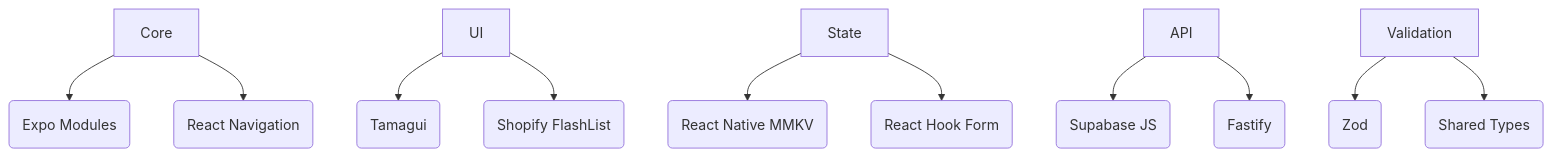
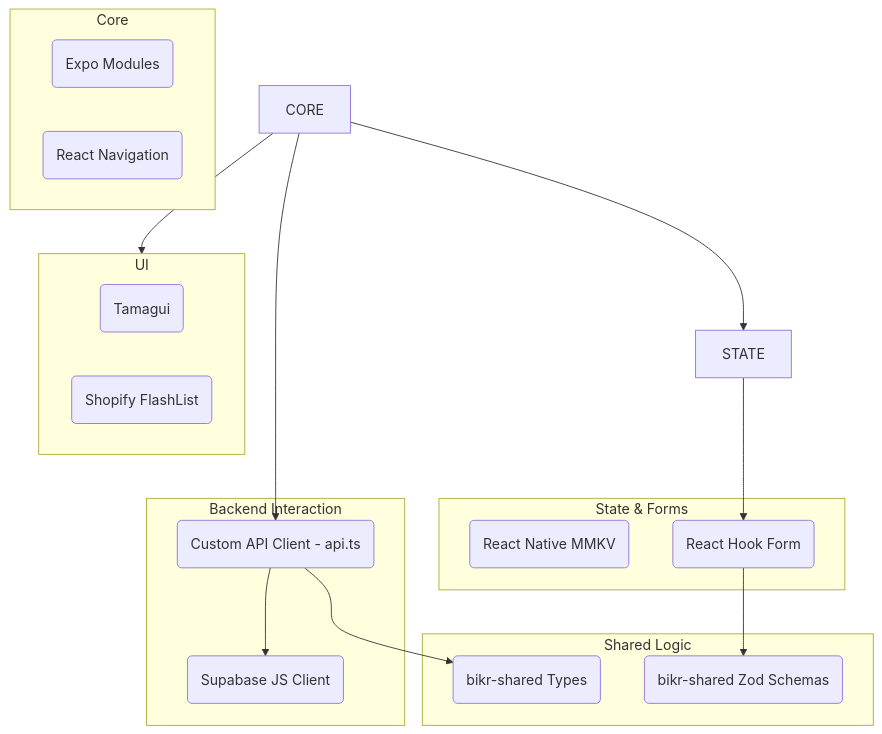
One commit to MarekCze/bikr-client changed the diagram in memory-bank/techContext.md. Above: the diagram before and after it, drawn with Mermaid. The commit also changed other lines of this file and 9 other files, not shown here.

````diff
--- a/memory-bank/techContext.md
+++ b/memory-bank/techContext.md
@@ -14,13 +13,31 @@
 ```mermaid
 graph TD
-    CORE[Core] --> EXPO(Expo Modules)
-    CORE --> NAV(React Navigation)
-    UI[UI] --> TAMAGUI(Tamagui)
-    UI --> FLASH_LIST(Shopify FlashList)
-    STATE[State] --> MMKV(React Native MMKV)
-    STATE --> HOOKFORM(React Hook Form)
-    API[API] --> SUPABASE(Supabase JS)
-    API --> FASTIFY(Fastify)
-    VALIDATION[Validation] --> ZOD(Zod)
-    VALIDATION --> SHARED(Shared Types)
+    subgraph "Core"
+        EXPO(Expo Modules)
+        NAV(React Navigation)
+    end
+    subgraph "UI"
+        TAMAGUI(Tamagui)
+        FLASH_LIST(Shopify FlashList)
+    end
+    subgraph "State & Forms"
+        MMKV(React Native MMKV)
+        HOOKFORM(React Hook Form)
+    end
+    subgraph "Backend Interaction"
+        SUPABASE(Supabase JS Client)
+        API_CLIENT(Custom API Client - api.ts)
+    end
+    subgraph "Shared Logic"
+        SHARED_TYPES(bikr-shared Types)
+        SHARED_VALIDATION(bikr-shared Zod Schemas)
+    end
+
+    CORE --> UI
+    CORE --> STATE
+    CORE --> API_CLIENT
+    STATE --> HOOKFORM
+    HOOKFORM --> SHARED_VALIDATION
+    API_CLIENT --> SUPABASE
+    API_CLIENT --> SHARED_TYPES
 ```
````
